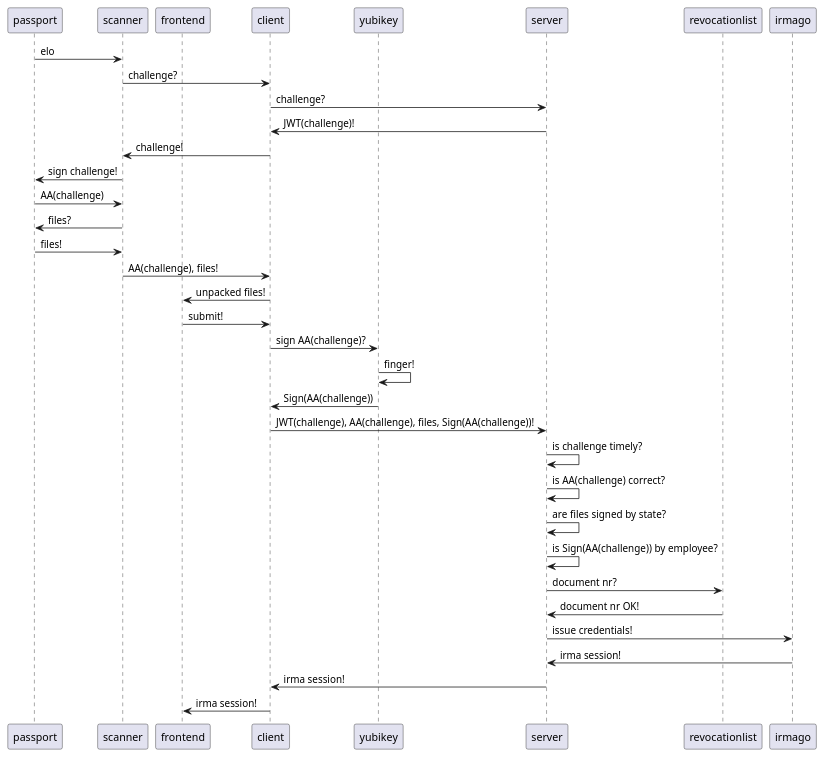
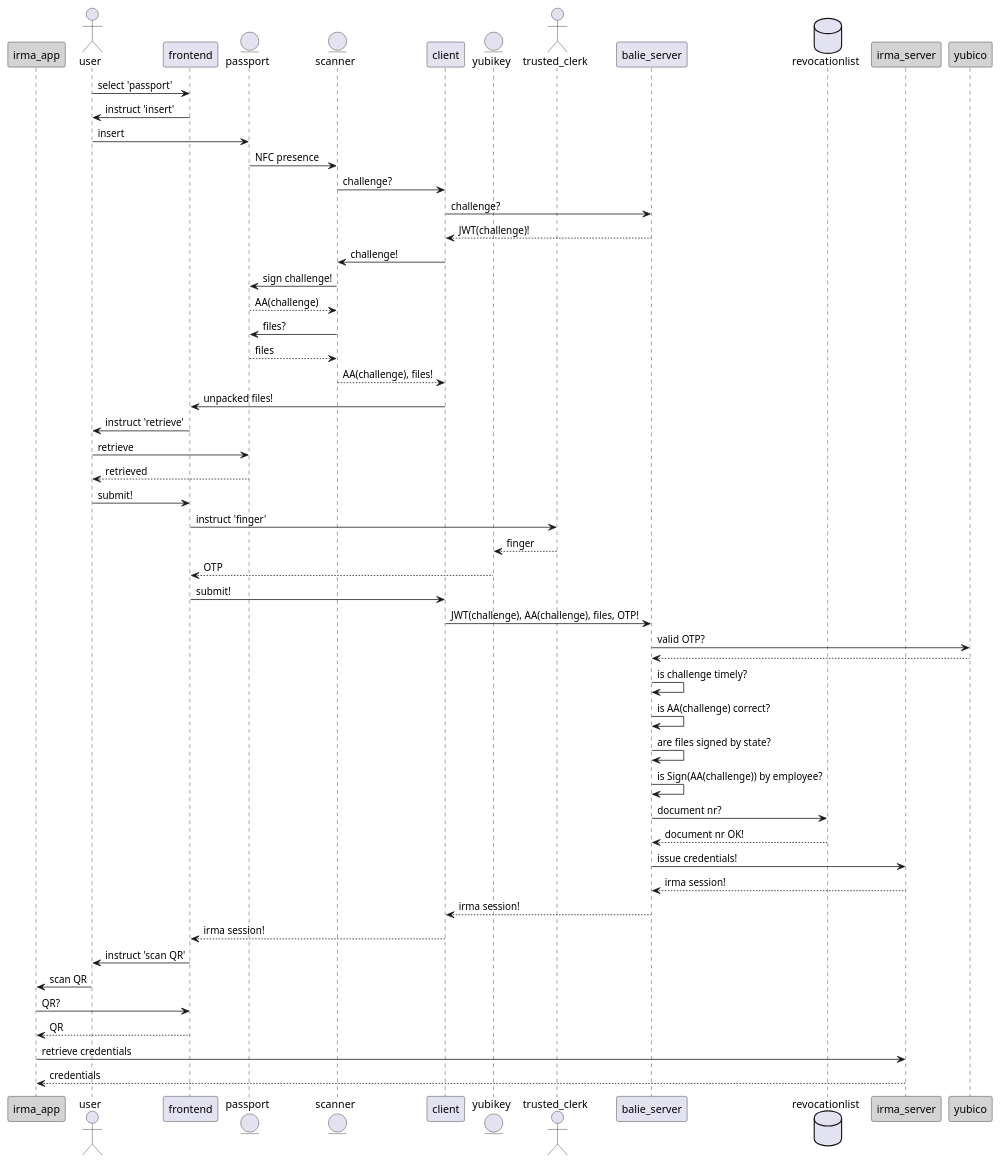
One commit to brainhivenl/irma-balie changed the diagram in doc/flow.puml. Above: the diagram before and after it, drawn with PlantUML.

Commit message:
Extend sequence diagram and include yubikey OTP handling

```diff
--- a/doc/flow.puml
+++ b/doc/flow.puml
@@ -1,38 +1,57 @@
 @startuml
-participant passport
-participant scanner
+participant irma_app #lightgray
+actor user
 participant frontend
+entity passport
+entity scanner
 participant client
-participant yubikey
-participant server
-participant revocationlist
-participant irmago
+entity yubikey
+actor trusted_clerk
+participant balie_server
+database revocationlist
+participant irma_server #lightgray
+participant yubico #lightgray
 
-passport->scanner: elo
+
+user->frontend: select 'passport'
+frontend->user: instruct 'insert'
+user->passport: insert
+passport->scanner: NFC presence
 scanner->client: challenge?
-client->server: challenge?
-server->client: JWT(challenge)!
+client->balie_server: challenge?
+client<--balie_server: JWT(challenge)!
 client->scanner: challenge!
 scanner->passport: sign challenge!
-passport->scanner: AA(challenge)
+scanner<--passport: AA(challenge)
 scanner->passport: files?
-passport->scanner: files!
-scanner->client: AA(challenge), files!
+scanner<--passport: files
+client<--scanner: AA(challenge), files!
 client->frontend: unpacked files!
+frontend->user: instruct 'retrieve'
+user->passport: retrieve
+user<--passport: retrieved
+user->frontend: submit!
+frontend->trusted_clerk: instruct 'finger'
+yubikey<--trusted_clerk: finger
+frontend<--yubikey: OTP
 frontend->client: submit!
-client->yubikey: sign AA(challenge)?
-yubikey->yubikey: finger!
-yubikey->client: Sign(AA(challenge))
-client->server: JWT(challenge), AA(challenge), files, Sign(AA(challenge))!
-server->server: is challenge timely?
-server->server: is AA(challenge) correct?
-server->server: are files signed by state?
-server->server: is Sign(AA(challenge)) by employee?
-server->revocationlist: document nr?
-revocationlist->server: document nr OK!
-server->irmago: issue credentials!
-irmago->server: irma session!
-server->client: irma session!
-client->frontend: irma session!
-
+client->balie_server: JWT(challenge), AA(challenge), files, OTP!
+balie_server->yubico: valid OTP?
+balie_server<--yubico: 
+balie_server->balie_server: is challenge timely?
+balie_server->balie_server: is AA(challenge) correct?
+balie_server->balie_server: are files signed by state?
+balie_server->balie_server: is Sign(AA(challenge)) by employee?
+balie_server->revocationlist: document nr?
+balie_server<--revocationlist: document nr OK!
+balie_server->irma_server: issue credentials!
+balie_server<--irma_server: irma session!
+client<--balie_server: irma session!
+frontend<--client: irma session!
+frontend->user: instruct 'scan QR'
+user->irma_app: scan QR
+irma_app->frontend: QR?
+irma_app<--frontend: QR
+irma_app->irma_server: retrieve credentials
+irma_app<--irma_server: credentials
 @enduml
```
